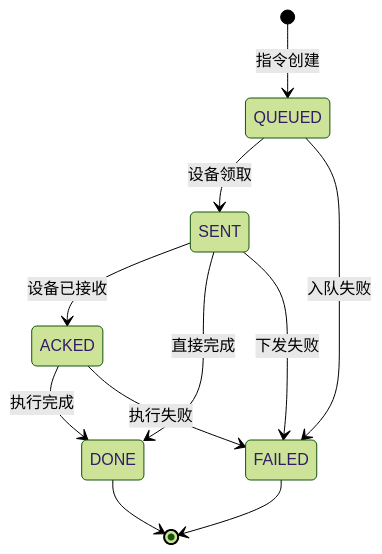
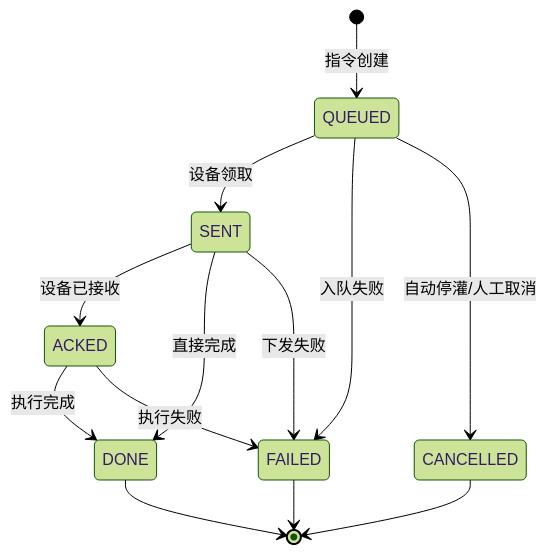
Before and after one commit to q446328246/agri-platform: the seventh of 34 diagrams in .qoder/repowiki/zh/content/核心服务文档/其他业务服务.md, drawn with Mermaid (forest theme). The commit also changed other lines of this file and 6 other files, not shown here.

````diff
--- a/.qoder/repowiki/zh/content/核心服务文档/其他业务服务.md
+++ b/.qoder/repowiki/zh/content/核心服务文档/其他业务服务.md
@@ -331,13 +341,15 @@
 ```mermaid
 stateDiagram-v2
 [*] --> QUEUED : 指令创建
 QUEUED --> SENT : 设备领取
 QUEUED --> FAILED : 入队失败
+QUEUED --> CANCELLED : 自动停灌/人工取消
 SENT --> ACKED : 设备已接收
 SENT --> DONE : 直接完成
 SENT --> FAILED : 下发失败
 ACKED --> DONE : 执行完成
 ACKED --> FAILED : 执行失败
 DONE --> [*]
 FAILED --> [*]
+CANCELLED --> [*]
 ```
````
